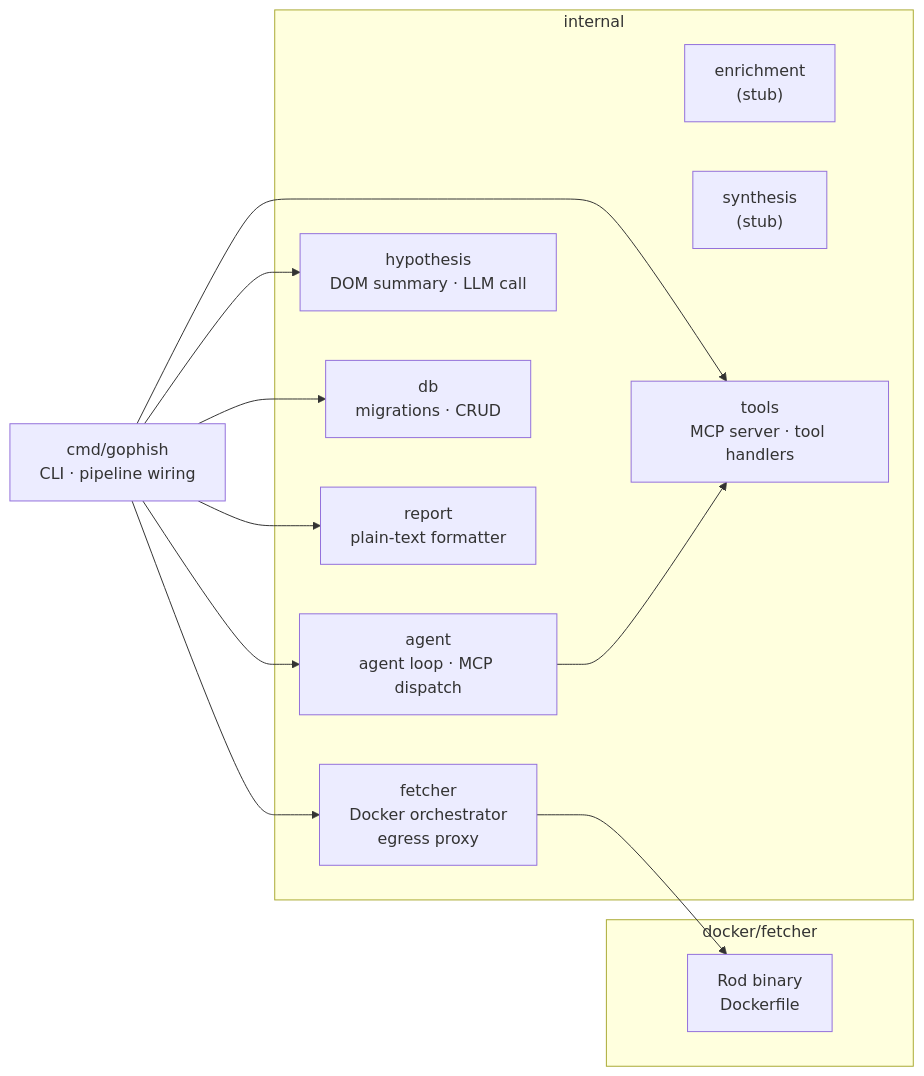
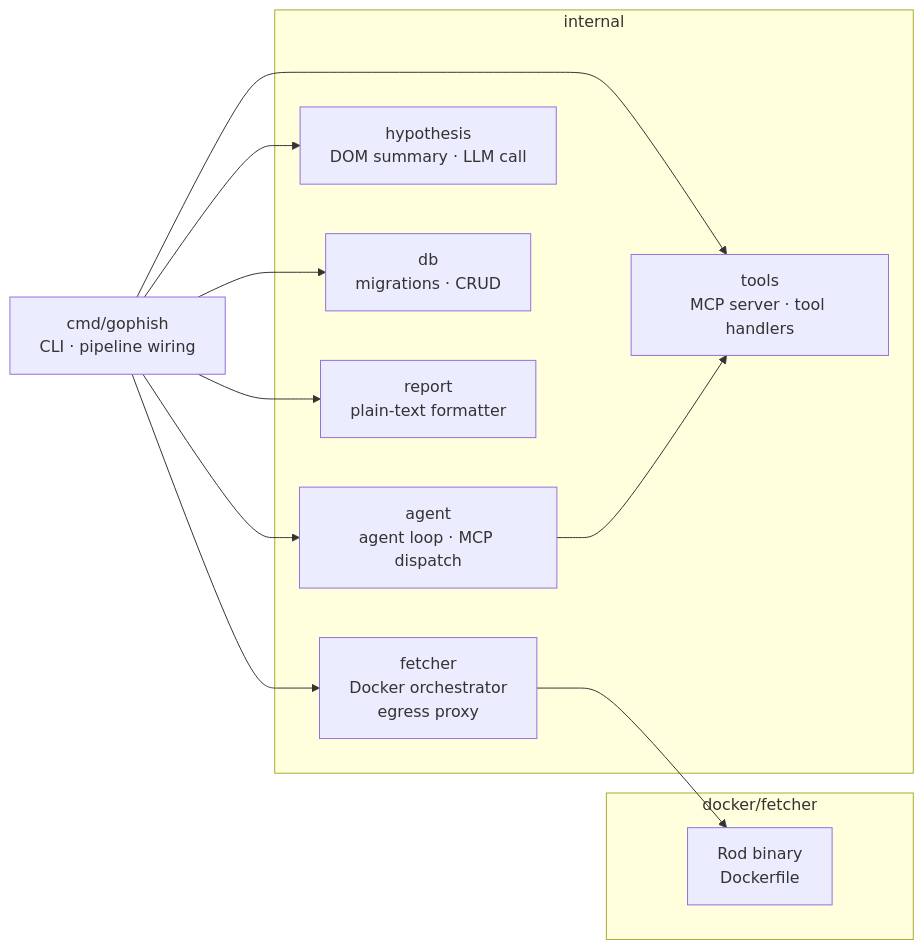
The second of 2 diagrams in docs/architecture.md (Aslanchik/go-phish), drawn with Mermaid before and after one commit. The commit also changed other lines of this file and 5 other files, not shown here.

````diff
--- a/docs/architecture.md
+++ b/docs/architecture.md
@@ -77,28 +77,26 @@
 ```mermaid
 graph LR
     cmd["cmd/gophish\nCLI · pipeline wiring"]
 
     subgraph internal
         fetcher["fetcher\nDocker orchestrator\negress proxy"]
         hypothesis["hypothesis\nDOM summary · LLM call"]
         db["db\nmigrations · CRUD"]
         report["report\nplain-text formatter"]
-        enrichment["enrichment\n(stub)"]
-        synthesis["synthesis\n(stub)"]
         agent["agent\nagent loop · MCP dispatch"]
         tools["tools\nMCP server · tool handlers"]
     end
 
     subgraph docker["docker/fetcher"]
         fetcherbin["Rod binary\nDockerfile"]
     end
 
     cmd --> fetcher
     cmd --> hypothesis
     cmd --> db
     cmd --> report
     cmd --> agent
     cmd --> tools
     agent --> tools
     fetcher --> fetcherbin
 ```
````
